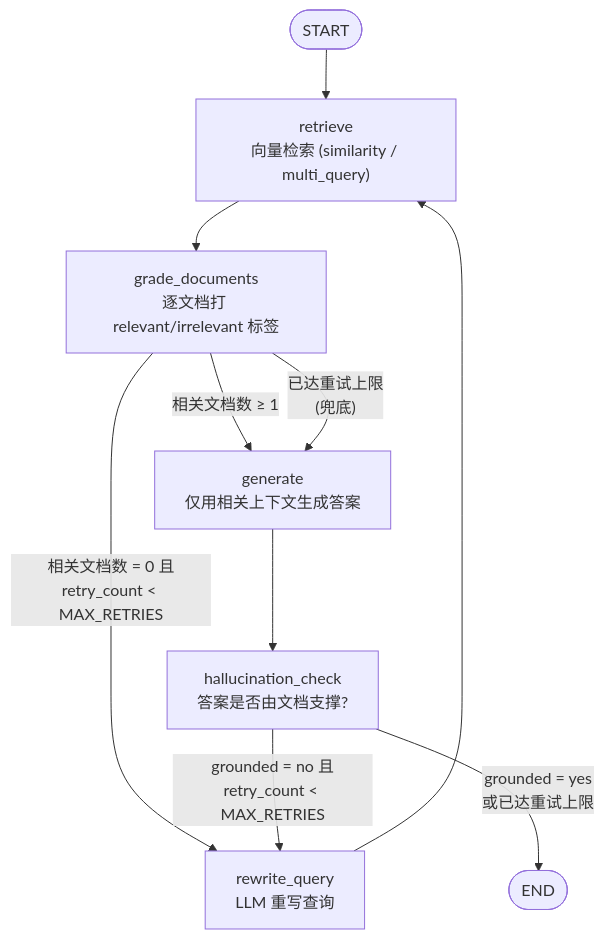
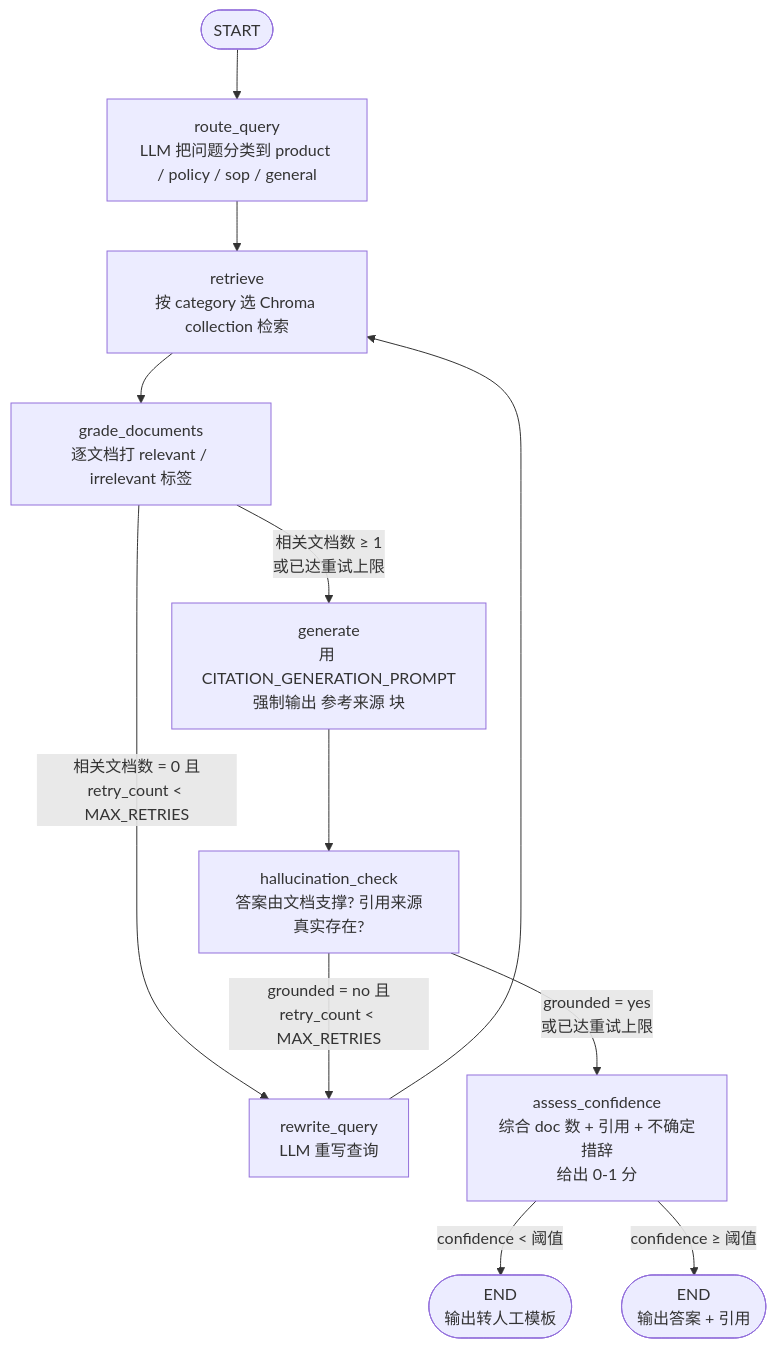
The diagram in README.md (rurubb/rag-knowledge-agent), drawn with Mermaid before and after one commit. The commit also changed other lines of this file and 19 other files, not shown here.

````diff
--- a/README.md
+++ b/README.md
@@ -38,12 +38,14 @@
 ```mermaid
 flowchart TD
-    START([START]) --> retrieve["retrieve<br/>向量检索 (similarity / multi_query)"]
-    retrieve --> grade["grade_documents<br/>逐文档打 relevant/irrelevant 标签"]
-    grade -- "相关文档数 ≥ 1" --> generate["generate<br/>仅用相关上下文生成答案"]
+    START_NODE([START]) --> route["route_query<br/>LLM 把问题分类到 product / policy / sop / general"]
+    route --> retrieve["retrieve<br/>按 category 选 Chroma collection 检索"]
+    retrieve --> grade["grade_documents<br/>逐文档打 relevant / irrelevant 标签"]
     grade -- "相关文档数 = 0 且<br/>retry_count < MAX_RETRIES" --> rewrite["rewrite_query<br/>LLM 重写查询"]
     rewrite --> retrieve
-    generate --> hallucination["hallucination_check<br/>答案是否由文档支撑?"]
+    grade -- "相关文档数 ≥ 1<br/>或已达重试上限" --> generate["generate<br/>用 CITATION_GENERATION_PROMPT<br/>强制输出 参考来源 块"]
+    generate --> hallucination["hallucination_check<br/>答案由文档支撑? 引用来源真实存在?"]
     hallucination -- "grounded = no 且<br/>retry_count < MAX_RETRIES" --> rewrite
-    hallucination -- "grounded = yes<br/>或已达重试上限" --> END_NODE([END])
-    grade -- "已达重试上限<br/>(兜底)" --> generate
+    hallucination -- "grounded = yes<br/>或已达重试上限" --> confidence["assess_confidence<br/>综合 doc 数 + 引用 + 不确定措辞<br/>给出 0-1 分"]
+    confidence -- "confidence < 阈值" --> end_node([END<br/>输出转人工模板])
+    confidence -- "confidence ≥ 阈值" --> end_ok([END<br/>输出答案 + 引用])
 ```
````
